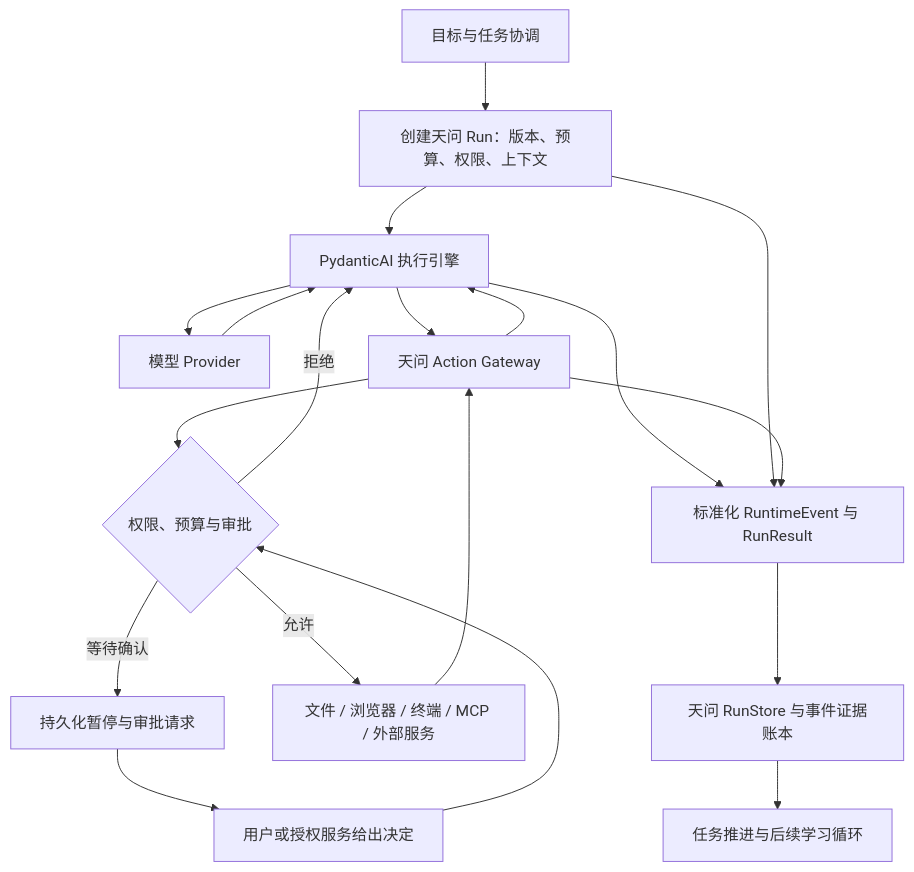
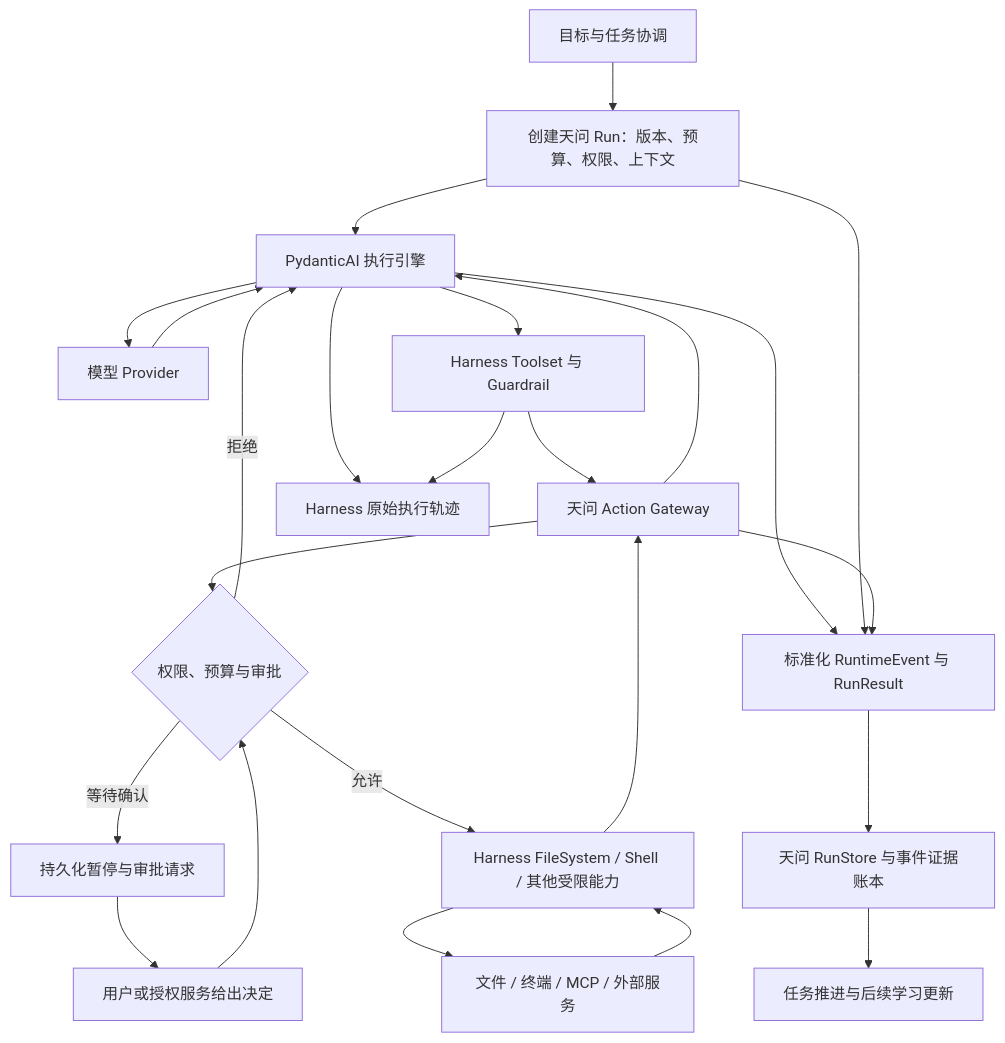
Before and after one commit to daydreamer0213/Tian-wen: the third of 3 diagrams in docs/continuous-learning-agent-research-notes.md, drawn with Mermaid. The commit also changed other lines of this file and 1 other file, not shown here.

Commit message:
docs: align harness integration design

````diff
--- a/docs/continuous-learning-agent-research-notes.md
+++ b/docs/continuous-learning-agent-research-notes.md
@@ -3532,21 +3562,26 @@
 ```mermaid
 flowchart TB
     G["目标与任务协调"] --> R["创建天问 Run：版本、预算、权限、上下文"]
     R --> P["PydanticAI 执行引擎"]
     P --> M["模型 Provider"]
     M --> P
-    P --> A["天问 Action Gateway"]
+    P --> H["Harness Toolset 与 Guardrail"]
+    H --> A["天问 Action Gateway"]
     A --> D{"权限、预算与审批"}
     D -- "拒绝" --> P
     D -- "等待确认" --> W["持久化暂停与审批请求"]
-    W --> H["用户或授权服务给出决定"]
-    H --> D
-    D -- "允许" --> X["文件 / 浏览器 / 终端 / MCP / 外部服务"]
+    W --> U["用户或授权服务给出决定"]
+    U --> D
+    D -- "允许" --> X["Harness FileSystem / Shell / 其他受限能力"]
+    X --> T["文件 / 终端 / MCP / 外部服务"]
+    T --> X
     X --> A
     A --> P
+    P --> Q["Harness 原始执行轨迹"]
+    H --> Q
     P --> E["标准化 RuntimeEvent 与 RunResult"]
     R --> E
     A --> E
     E --> S["天问 RunStore 与事件证据账本"]
-    S --> L["任务推进与后续学习循环"]
+    S --> L["任务推进与后续学习更新"]
 ```
````
